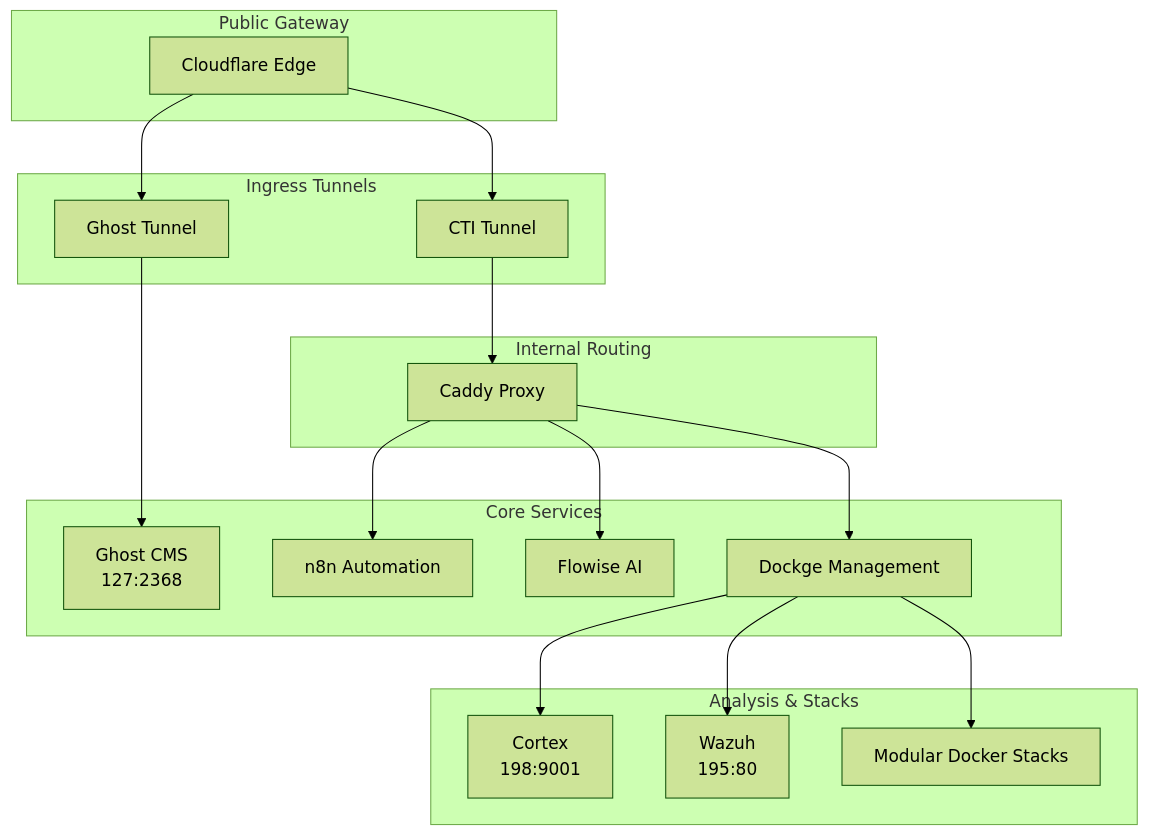
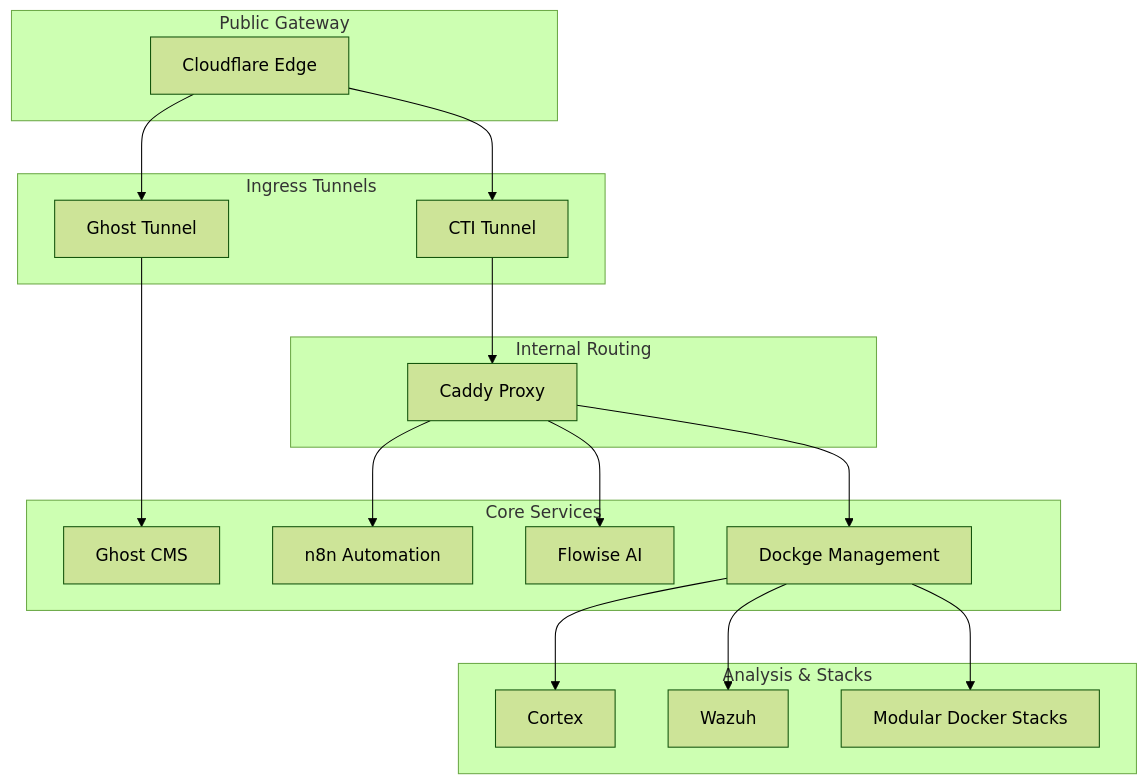
The diagram in README.md (JazenaYLA/threatlabs-cti-stack), drawn with Mermaid (forest theme) before and after one commit. The commit also changed other lines of this file and 1 other file, not shown here.

Commit message:
docs: exhaustive sanitization of all public-facing records

````diff
--- a/README.md
+++ b/README.md
@@ -9,38 +9,38 @@
 ```mermaid
     graph TD
 
     subgraph "Public Gateway"
         CF[Cloudflare Edge]
     end
 
     subgraph "Ingress Tunnels"
         GT[Ghost Tunnel]
         CT[CTI Tunnel]
     end
 
     subgraph "Internal Routing"
         Caddy[Caddy Proxy]
     end
 
     subgraph "Core Services"
-        Ghost[Ghost CMS<br/>127:2368]
+        Ghost[Ghost CMS]
         n8n[n8n Automation]
         Flowise[Flowise AI]
         Dockge[Dockge Management]
     end
 
     subgraph "Analysis & Stacks"
-        Cortex[Cortex<br/>198:9001]
-        Wazuh[Wazuh<br/>195:80]
+        Cortex[Cortex]
+        Wazuh[Wazuh]
         Stacks[Modular Docker Stacks]
     end
 
     %% Routing
     CF --> GT & CT
     GT --> Ghost
     CT --> Caddy
     
     Caddy --> n8n & Flowise & Dockge
     
     Dockge --> Cortex & Wazuh & Stacks
 ```
````
